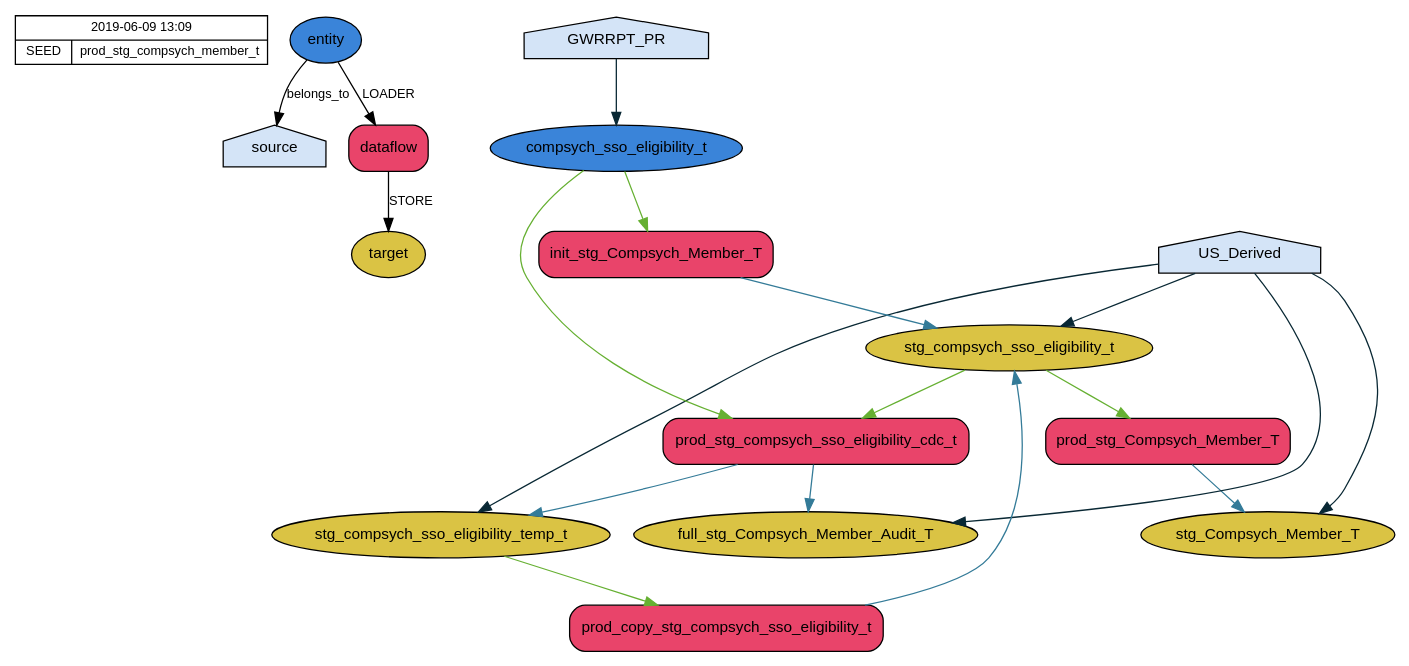
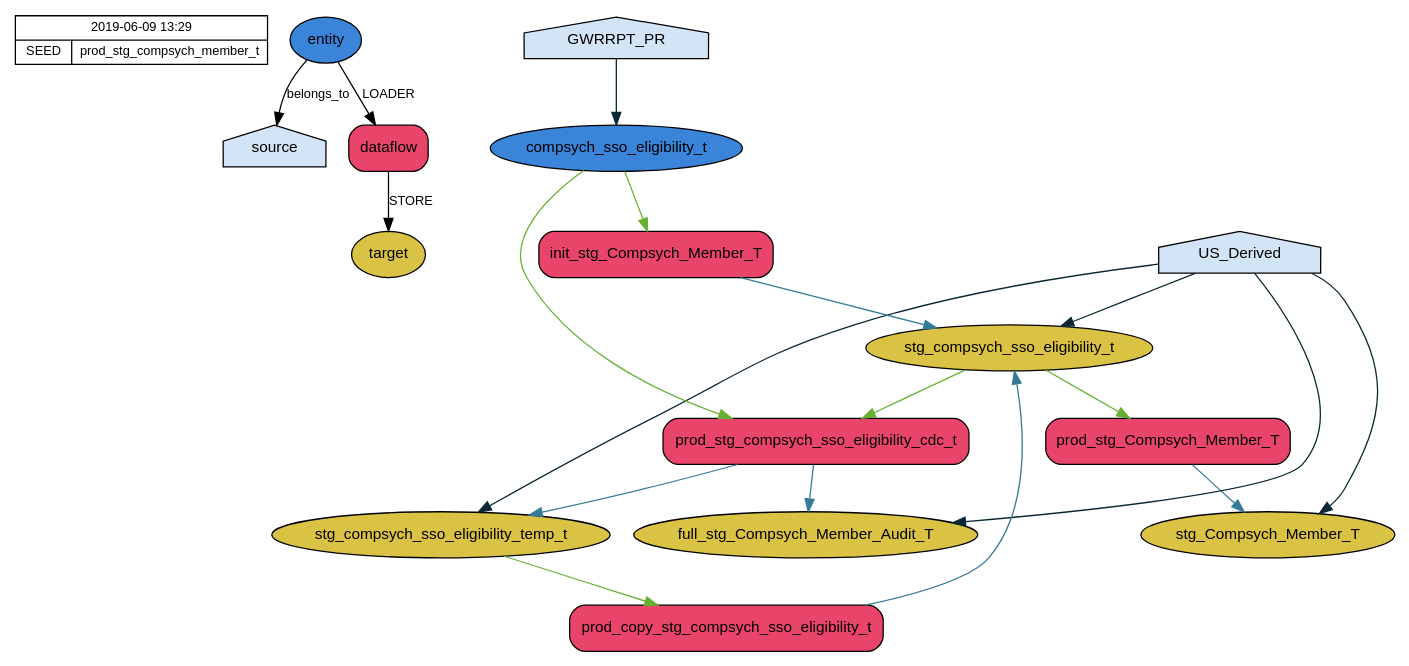
Before and after one commit to maurice1408/podium-dataflow-dependency-tree: the diagram in prod_stg_compsych_member_t.dot, drawn with Graphviz. The commit also changed 3 other files, not shown here.

```diff
--- a/prod_stg_compsych_member_t.dot
+++ b/prod_stg_compsych_member_t.dot
@@ -1,37 +1,37 @@
 strict digraph  {
 node [bgcolor="#ECF8B9", fontname=arial, fontsize=12];
-meta [fontname=arial, fontsize=10, label="{2019-06-09 13:09 | {<f0> SEED | <f1> prod_stg_compsych_member_t}}", shape=record];
+meta [fontname=arial, fontsize=10, label="{2019-06-09 13:29 | {<f0> SEED | <f1> prod_stg_compsych_member_t}}", shape=record];
 source [fillcolor="#D4E4F7", shape=house, style=filled];
 entity [fillcolor="#3A84D9", shape=ellipse, style=filled];
 dataflow [fillcolor="#E9446A", shape=box, style="filled,rounded"];
 target [fillcolor="#DAC344", shape=ellipse, style=filled];
 b_52599 [fillcolor="#E9446A", label=prod_stg_Compsych_Member_T, n_type=bundle, nid=52599, shape=box, style="filled,rounded"];
 e_17738 [fillcolor="#DAC344", label=stg_Compsych_Member_T, n_type=entity, nid=17738, shape=ellipse, snid=58, style=filled];
 s_58 [fillcolor="#D4E4F7", label=US_Derived, n_type=source, nid=58, shape=house, style=filled];
 b_54399 [fillcolor="#E9446A", label=init_stg_Compsych_Member_T, n_type=bundle, nid=54399, shape=box, style="filled,rounded"];
 e_18091 [fillcolor="#DAC344", label=stg_compsych_sso_eligibility_t, n_type=entity, nid=18091, shape=ellipse, snid=58, style=filled];
 e_18266 [fillcolor="#3A84D9", label=compsych_sso_eligibility_t, n_type=entity, nid=18266, shape=ellipse, snid=328, style=filled];
 s_328 [fillcolor="#D4E4F7", label=GWRRPT_PR, n_type=source, nid=328, shape=house, style=filled];
 b_52612 [fillcolor="#E9446A", label=prod_copy_stg_compsych_sso_eligibility_t, n_type=bundle, nid=52612, shape=box, style="filled,rounded"];
 b_52268 [fillcolor="#E9446A", label=prod_stg_compsych_sso_eligibility_cdc_t, n_type=bundle, nid=52268, shape=box, style="filled,rounded"];
 e_18093 [fillcolor="#DAC344", label=stg_compsych_sso_eligibility_temp_t, n_type=entity, nid=18093, shape=ellipse, snid=58, style=filled];
 e_18066 [fillcolor="#DAC344", label=full_stg_Compsych_Member_Audit_T, n_type=entity, nid=18066, shape=ellipse, snid=58, style=filled];
 entity -> source  [fontname=arial, fontsize=10, label=belongs_to];
 entity -> dataflow  [fontname=arial, fontsize=10, label=LOADER];
 dataflow -> target  [fontname=arial, fontsize=10, label=STORE];
 b_52599 -> e_17738  [color="#347B98"];
 s_58 -> e_17738  [color="#092834"];
 s_58 -> e_18091  [color="#092834"];
 s_58 -> e_18093  [color="#092834"];
 s_58 -> e_18066  [color="#092834"];
 b_54399 -> e_18091  [color="#347B98"];
 e_18091 -> b_52268  [color="#66B032"];
 e_18091 -> b_52599  [color="#66B032"];
 e_18266 -> b_54399  [color="#66B032"];
 e_18266 -> b_52268  [color="#66B032"];
 s_328 -> e_18266  [color="#092834"];
 b_52612 -> e_18091  [color="#347B98"];
 b_52268 -> e_18093  [color="#347B98"];
 b_52268 -> e_18066  [color="#347B98"];
 e_18093 -> b_52612  [color="#66B032"];
 }
```
